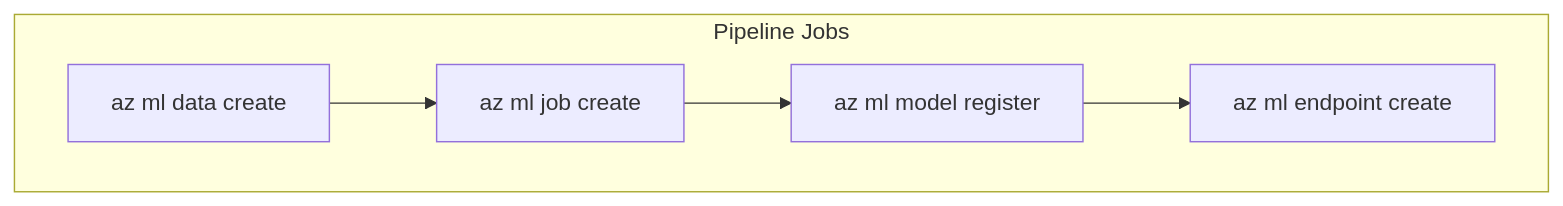
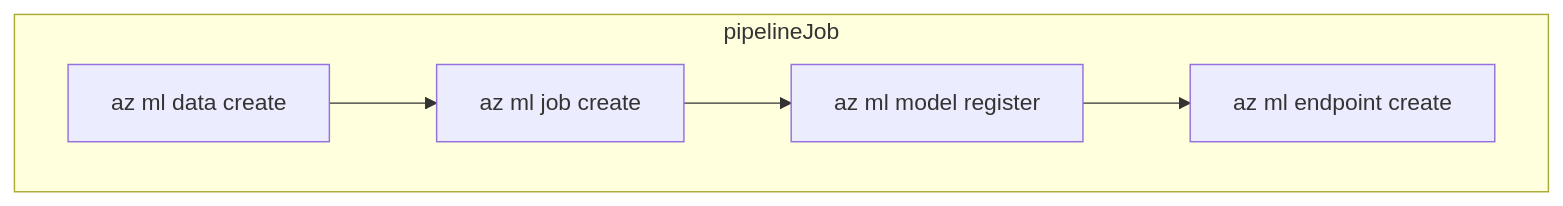
One commit to CynicDog/Azure-ML-automation-research changed the second of 2 diagrams in README.md. Above: the diagram before and after it, drawn with Mermaid.

````diff
--- a/README.md
+++ b/README.md
@@ -37,13 +37,13 @@
 ```mermaid
 flowchart TD
-    subgraph Pipeline Jobs
+    subgraph pipelineJob
         A[az ml data create]
         B[az ml job create]
         C[az ml model register]
         D[az ml endpoint create]
     end 
 
     A --> B 
     B --> C 
     C --> D
 ```
````
